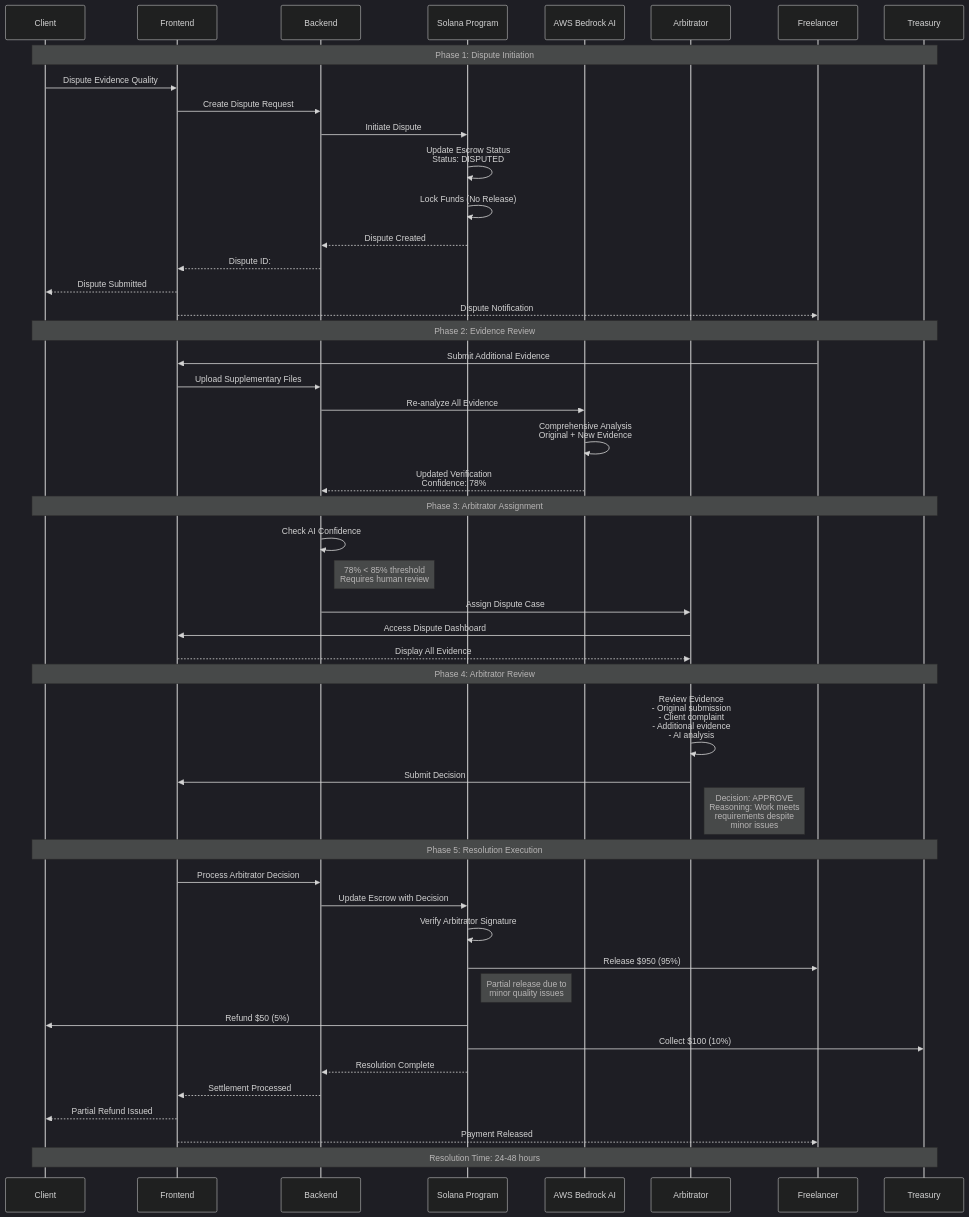
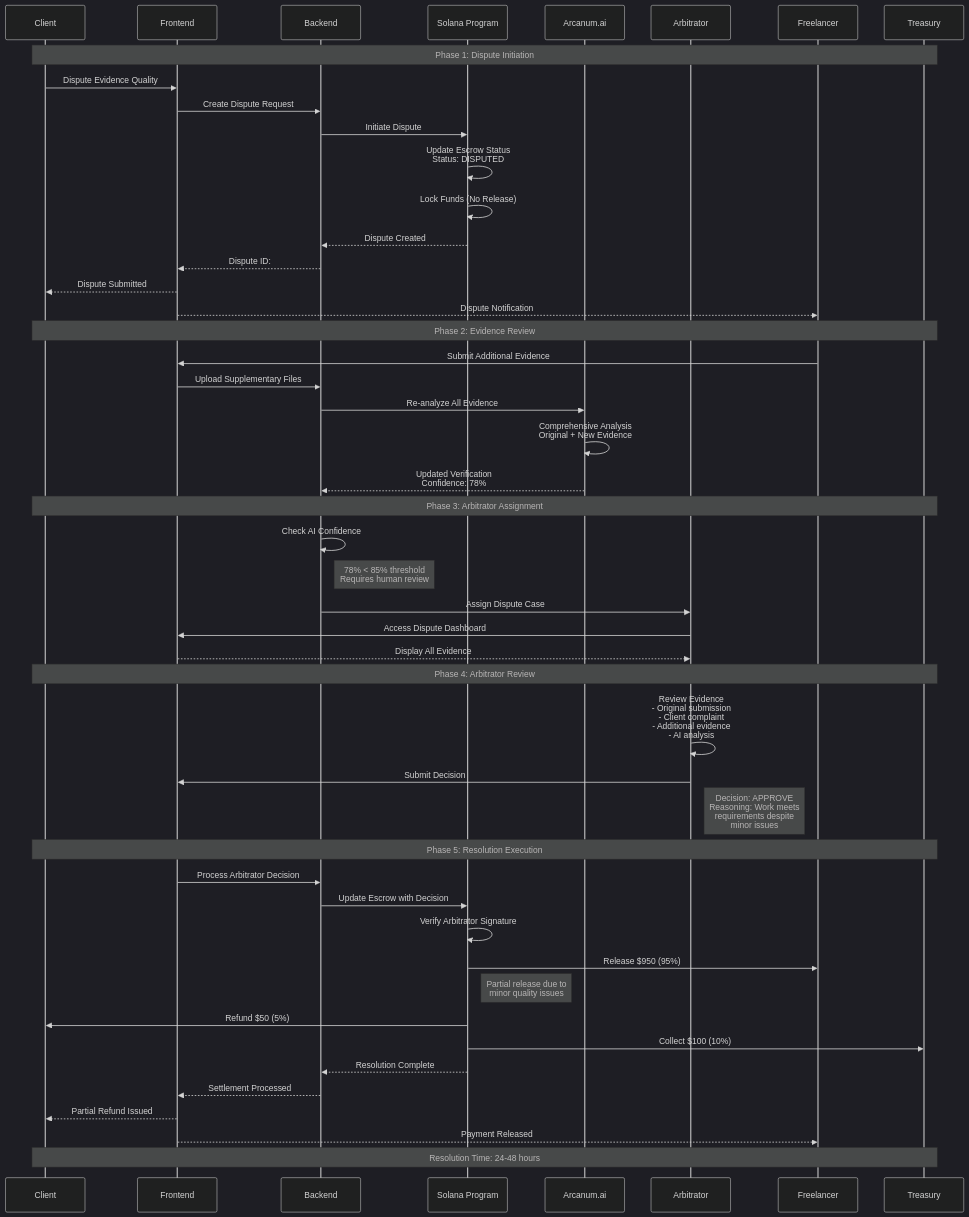
One commit to De-real-iManuel/aetherlock-docs changed the fourth of 5 diagrams in diagrams/sequence-diagrams.md. Above: the diagram before and after it, drawn with Mermaid (dark theme). The commit also changed other lines of this file and 92 other files, not shown here.

````diff
--- a/diagrams/sequence-diagrams.md
+++ b/diagrams/sequence-diagrams.md
@@ -165,56 +165,56 @@
 ```mermaid
 sequenceDiagram
     participant Client
     participant Frontend
     participant Backend
     participant Solana as Solana Program
-    participant AI as AWS Bedrock AI
+    participant AI as Arcanum.ai
     participant Arbitrator
     participant Freelancer
     participant Treasury
     
     Note over Client,Treasury: Phase 1: Dispute Initiation
     Client->>Frontend: Dispute Evidence Quality
     Frontend->>Backend: Create Dispute Request
     Backend->>Solana: Initiate Dispute
     Solana->>Solana: Update Escrow Status<br/>Status: DISPUTED
     Solana->>Solana: Lock Funds (No Release)
     Solana-->>Backend: Dispute Created
     Backend-->>Frontend: Dispute ID: #789
     Frontend-->>Client: Dispute Submitted
     Frontend-->>Freelancer: Dispute Notification
     
     Note over Client,Treasury: Phase 2: Evidence Review
     Freelancer->>Frontend: Submit Additional Evidence
     Frontend->>Backend: Upload Supplementary Files
     Backend->>AI: Re-analyze All Evidence
     AI->>AI: Comprehensive Analysis<br/>Original + New Evidence
     AI-->>Backend: Updated Verification<br/>Confidence: 78%
     
     Note over Client,Treasury: Phase 3: Arbitrator Assignment
     Backend->>Backend: Check AI Confidence
     Note right of Backend: 78% < 85% threshold<br/>Requires human review
     Backend->>Arbitrator: Assign Dispute Case
     Arbitrator->>Frontend: Access Dispute Dashboard
     Frontend-->>Arbitrator: Display All Evidence
     
     Note over Client,Treasury: Phase 4: Arbitrator Review
     Arbitrator->>Arbitrator: Review Evidence<br/>- Original submission<br/>- Client complaint<br/>- Additional evidence<br/>- AI analysis
     Arbitrator->>Frontend: Submit Decision
     Note right of Arbitrator: Decision: APPROVE<br/>Reasoning: Work meets<br/>requirements despite<br/>minor issues
     
     Note over Client,Treasury: Phase 5: Resolution Execution
     Frontend->>Backend: Process Arbitrator Decision
     Backend->>Solana: Update Escrow with Decision
     Solana->>Solana: Verify Arbitrator Signature
     Solana->>Freelancer: Release $950 (95%)
     Note right of Solana: Partial release due to<br/>minor quality issues
     Solana->>Client: Refund $50 (5%)
     Solana->>Treasury: Collect $100 (10%)
     Solana-->>Backend: Resolution Complete
     Backend-->>Frontend: Settlement Processed
     Frontend-->>Client: Partial Refund Issued
     Frontend-->>Freelancer: Payment Released
     
     Note over Client,Treasury: Resolution Time: 24-48 hours
 ```
````
